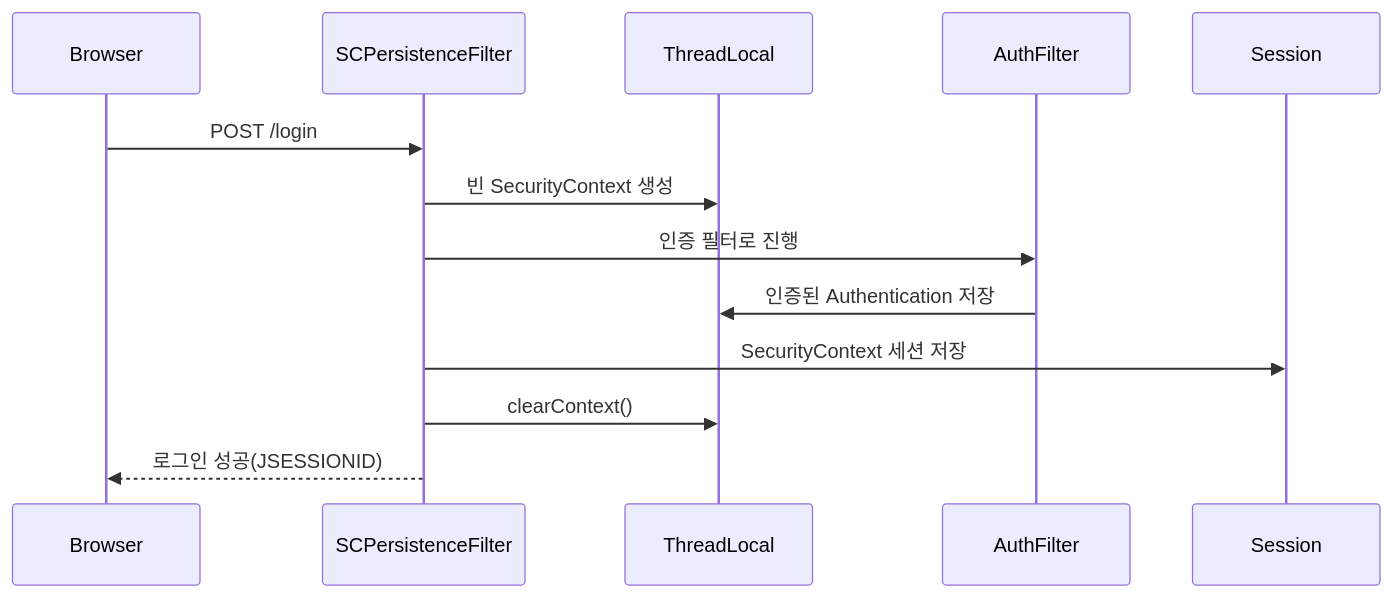
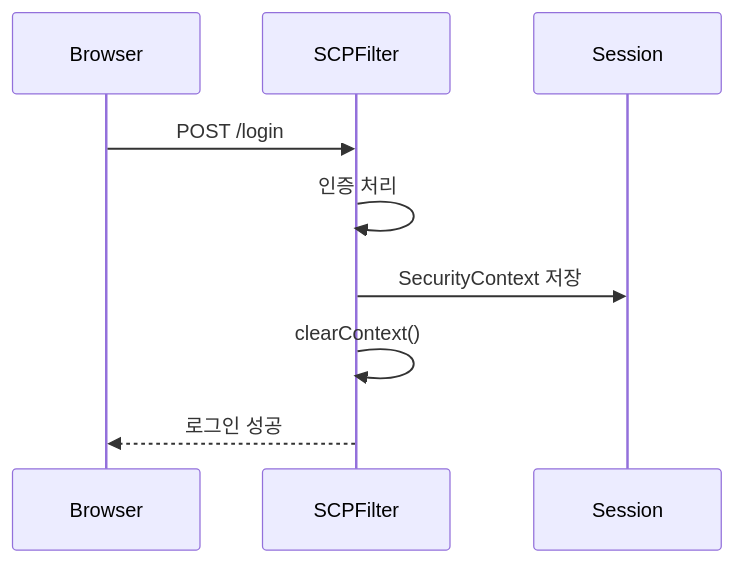
The third of 5 diagrams in _posts/security/2021-05-26-SecurityContextPersistentFilter.md (yjkim2015/yjkim2015.github.io), drawn with Mermaid before and after one commit. The commit also changed other lines of this file and 155 other files, not shown here.

First line of the commit message:
Mermaid 전면 수정: subgraph 제거, participant/노드/줄수 축소 (342블록)

````diff
--- a/_posts/security/2021-05-26-SecurityContextPersistentFilter.md
+++ b/_posts/security/2021-05-26-SecurityContextPersistentFilter.md
@@ -53,15 +50,11 @@
 ```mermaid
 sequenceDiagram
     participant B as Browser
-    participant SCPF as SCPersistenceFilter
-    participant TL as ThreadLocal
-    participant UPAF as AuthFilter
+    participant SCPF as SCPFilter
     participant S as Session
     B->>SCPF: POST /login
-    SCPF->>TL: 빈 SecurityContext 생성
-    SCPF->>UPAF: 인증 필터로 진행
-    UPAF->>TL: 인증된 Authentication 저장
-    SCPF->>S: SecurityContext 세션 저장
-    SCPF->>TL: clearContext()
-    SCPF-->>B: 로그인 성공(JSESSIONID)
+    SCPF->>SCPF: 인증 처리
+    SCPF->>S: SecurityContext 저장
+    SCPF->>SCPF: clearContext()
+    SCPF-->>B: 로그인 성공
 ```
````
